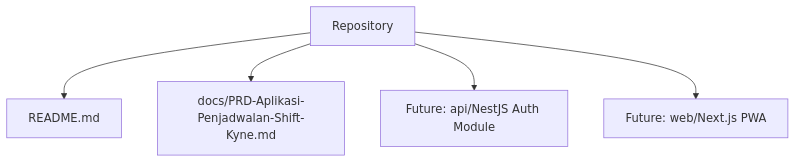
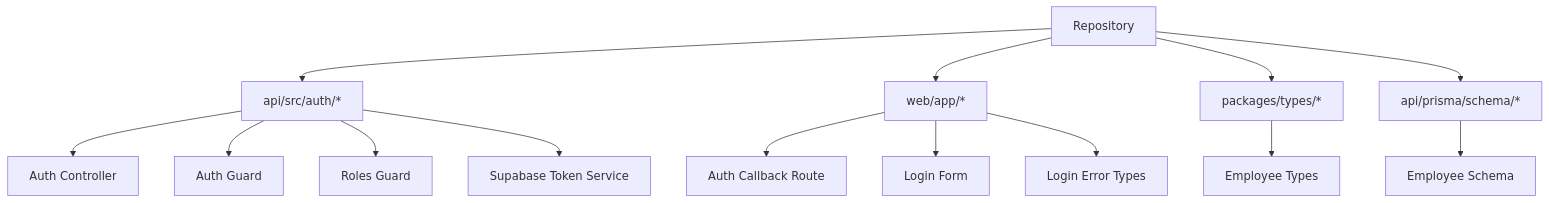
Before and after one commit to epo33m/scheduling: the first of 4 diagrams in .qoder/repowiki/en/content/Product Requirements Document/Functional Specifications/Authentication Module (F1).md, drawn with Mermaid. The commit also changed other lines of this file and 46 other files, not shown here.

````diff
--- a/.qoder/repowiki/en/content/Product Requirements Document/Functional Specifications/Authentication Module (F1).md
+++ b/.qoder/repowiki/en/content/Product Requirements Document/Functional Specifications/Authentication Module (F1).md
@@ -32,12 +52,21 @@
 ```mermaid
 graph TB
 Repo["Repository"]
-Readme["README.md"]
-Docs["docs/PRD-Aplikasi-Penjadwalan-Shift-Kyne.md"]
-FutureAPI["Future: api/NestJS Auth Module"]
-FutureWeb["Future: web/Next.js PWA"]
-Repo --> Readme
-Repo --> Docs
-Repo --> FutureAPI
-Repo --> FutureWeb
+API["api/src/auth/*"]
+Web["web/app/*"]
+Types["packages/types/*"]
+Schema["api/prisma/schema/*"]
+Repo --> API
+Repo --> Web
+Repo --> Types
+Repo --> Schema
+API --> AuthController["Auth Controller"]
+API --> AuthGuard["Auth Guard"]
+API --> RolesGuard["Roles Guard"]
+API --> TokenService["Supabase Token Service"]
+Web --> CallbackRoute["Auth Callback Route"]
+Web --> LoginForm["Login Form"]
+Web --> LoginErrors["Login Error Types"]
+Types --> EmployeeTypes["Employee Types"]
+Schema --> EmployeeSchema["Employee Schema"]
 ```
````
